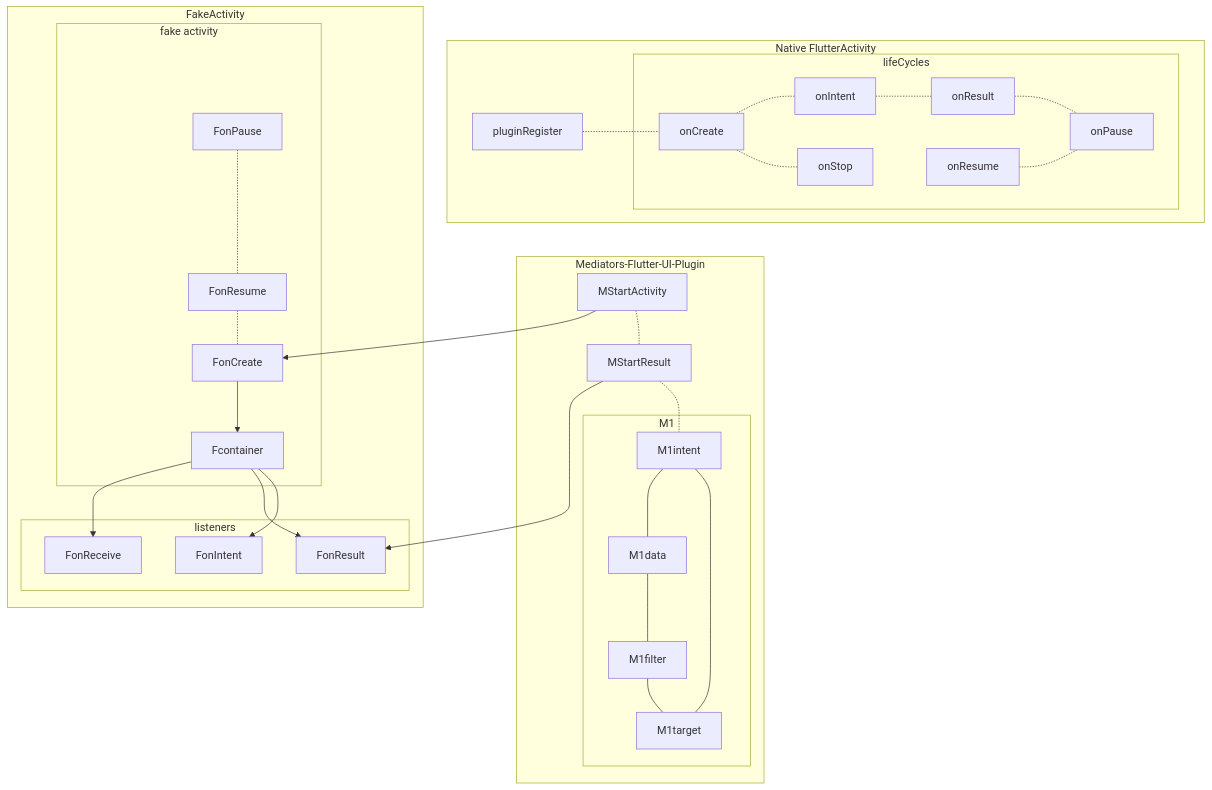
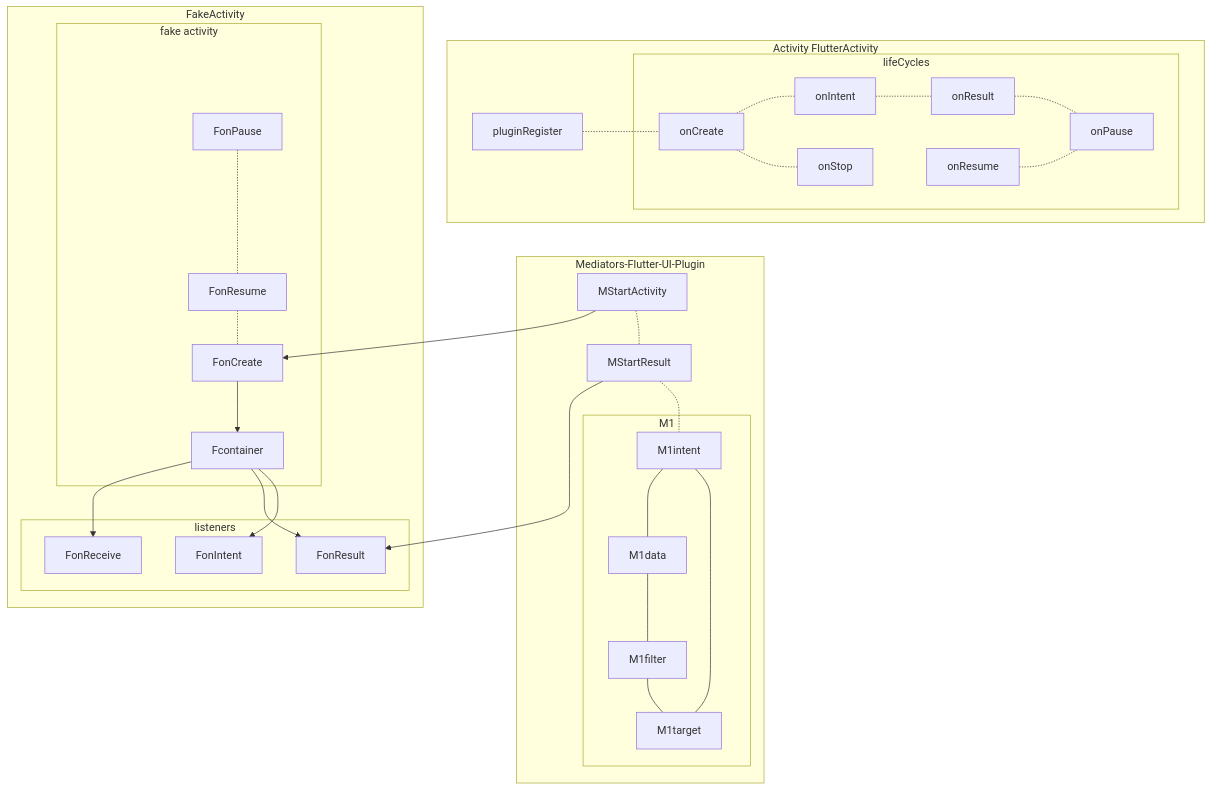
Before and after one commit to gordianknotC/nxp_note: the second of 2 diagrams in flutter/android_to_flutter.md, drawn with Mermaid. The commit also changed other lines of this file, not shown here.

Commit message:
flutter/android_to_flutter.md updated from https://stackedit.io/

````diff
--- a/flutter/android_to_flutter.md
+++ b/flutter/android_to_flutter.md
@@ -60,51 +61,51 @@
 ```mermaid
 graph TB
-	subgraph Native FlutterActivity
+	subgraph Activity FlutterActivity
 		pluginRegister
 		pluginRegister -.- onCreate
 		subgraph lifeCycles
 			onCreate -.- onIntent
 			onIntent -.- onResult
 			onResult -.- onPause
 			onResume -.- onPause
 			onCreate -.- onStop
 		end
 	end
 	subgraph Mediators-Flutter-UI-Plugin
 		subgraph M1
 			M1intent --- M1target
 			M1intent --- M1data
 			M1data --- M1filter
 			M1filter --- M1target
 		end
 		MStartActivity
 		MStartResult
 		MStartActivity -.- MStartResult
 		MStartResult -.- M1intent
 	end
 	
 	subgraph FakeActivity
 		FonCreate
 		FonPause 
 		FonResume 
 		FonResult 
 		FonIntent 
 		FonReceive 
 		
 		subgraph fake activity
 			FonPause -.- FonResume
 			FonResume -.- FonCreate
 			FonCreate --> Fcontainer
 		end
 		
 		subgraph listeners
 			Fcontainer --> FonIntent
 			Fcontainer --> FonResult
 			Fcontainer --> FonReceive
 		end
 		
 		
 		MStartActivity --> FonCreate
 		MStartResult --> FonResult
 	end
 ```
````
